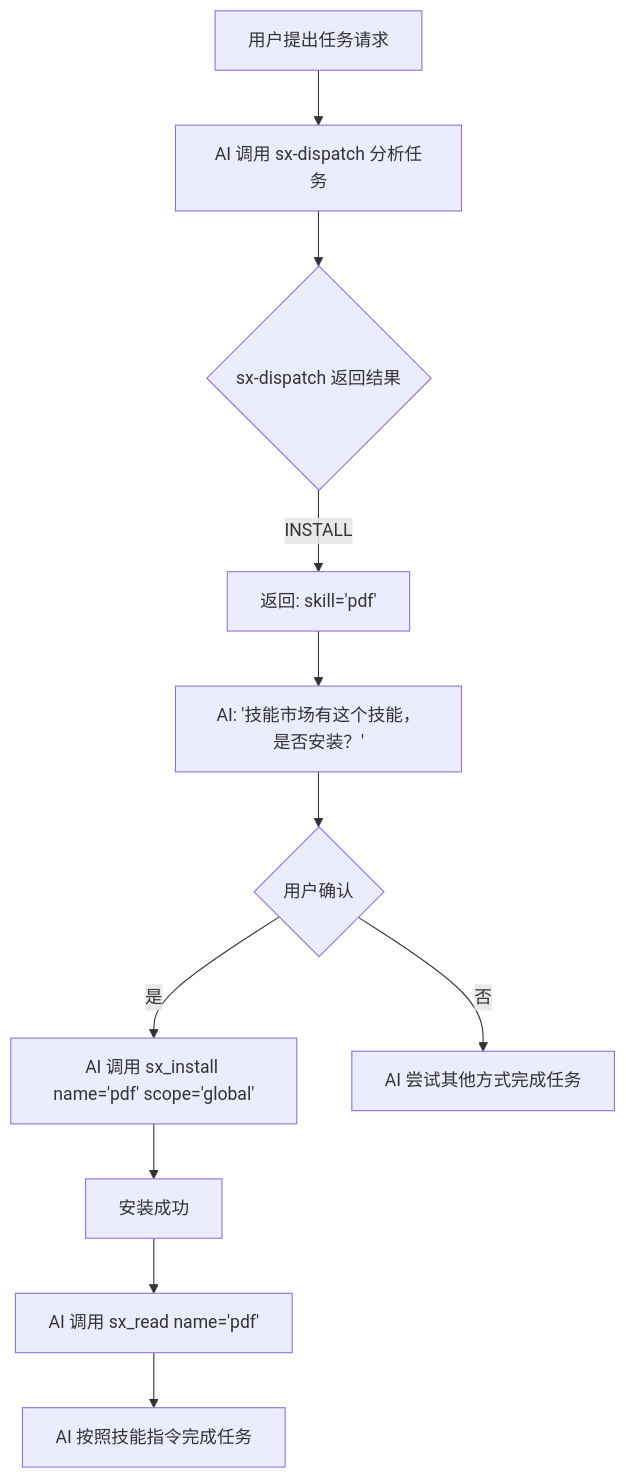
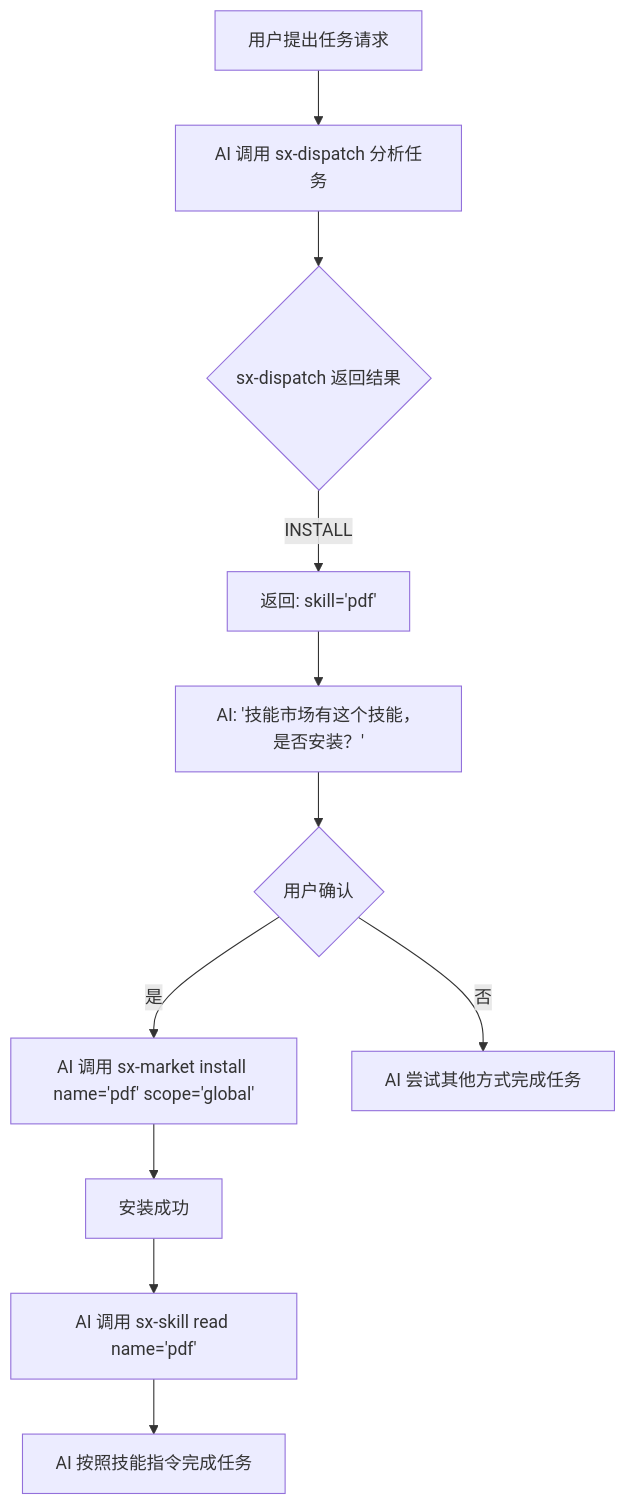
Before and after one commit to shetengteng/skillix-mcp: the second of 6 diagrams in design/02-设计/20260111-03-自动创建与进化设计.md, drawn with Mermaid. The commit also changed other lines of this file, not shown here.

````diff
--- a/design/02-设计/20260111-03-自动创建与进化设计.md
+++ b/design/02-设计/20260111-03-自动创建与进化设计.md
@@ -247,13 +284,13 @@
 ```mermaid
 flowchart TD
     A[用户提出任务请求] --> B[AI 调用 sx-dispatch 分析任务]
     B --> C{sx-dispatch 返回结果}
     C -->|INSTALL| D["返回: skill='pdf'"]
     D --> E["AI: '技能市场有这个技能，是否安装？'"]
     E --> F{用户确认}
-    F -->|是| G["AI 调用 sx_install name='pdf' scope='global'"]
+    F -->|是| G["AI 调用 sx-market install name='pdf' scope='global'"]
     G --> H[安装成功]
-    H --> I["AI 调用 sx_read name='pdf'"]
+    H --> I["AI 调用 sx-skill read name='pdf'"]
     I --> J[AI 按照技能指令完成任务]
     F -->|否| K[AI 尝试其他方式完成任务]
 ```
````
